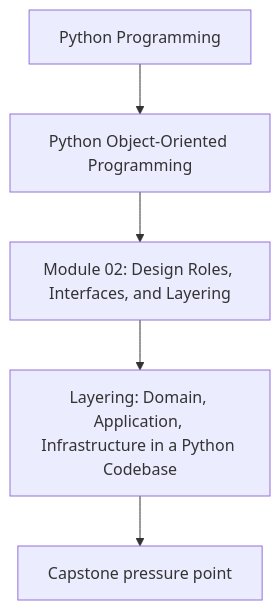
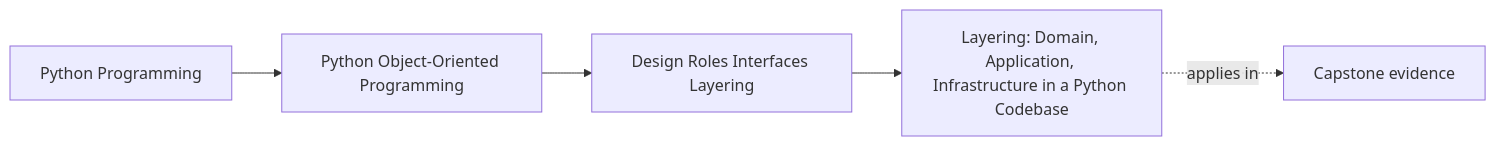
Before and after one commit to bijux/bijux-masterclass: the first of 2 diagrams in programs/python-programming/python-object-oriented-programming/course-book/module-02-design-roles-interfaces-layering/domain-application-and-infrastructure-layers.md, drawn with Mermaid. The commit also changed other lines of this file and 65 other files, not shown here.

Commit message:
docs(python-object-oriented-programming): map object model and design foundations

````diff
--- a/programs/python-programming/python-object-oriented-programming/course-book/module-02-design-roles-interfaces-layering/domain-application-and-infrastructure-layers.md
+++ b/programs/python-programming/python-object-oriented-programming/course-book/module-02-design-roles-interfaces-layering/domain-application-and-infrastructure-layers.md
@@ -7,7 +7,11 @@
 ```mermaid
-flowchart TD
-  family["Python Programming"] --> program["Python Object-Oriented Programming"]
-  program --> module["Module 02: Design Roles, Interfaces, and Layering"]
-  module --> concept["Layering: Domain, Application, Infrastructure in a Python Codebase"]
-  concept --> capstone["Capstone pressure point"]
+graph LR
+  family["Python Programming"]
+  program["Python Object-Oriented Programming"]
+  section["Design Roles Interfaces Layering"]
+  page["Layering: Domain, Application, Infrastructure in a Python Codebase"]
+  capstone["Capstone evidence"]
+
+  family --> program --> section --> page
+  page -.applies in.-> capstone
 ```
````
